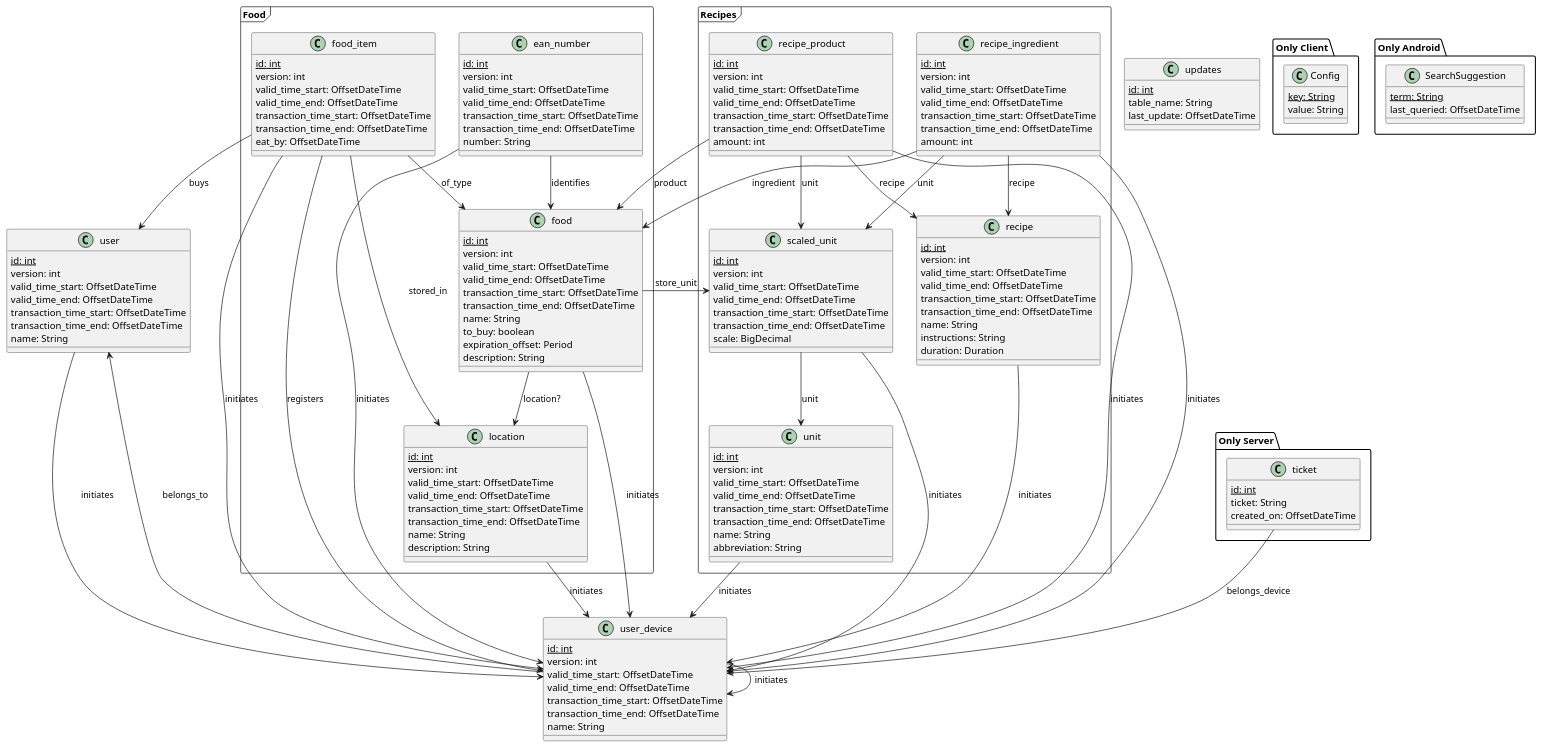
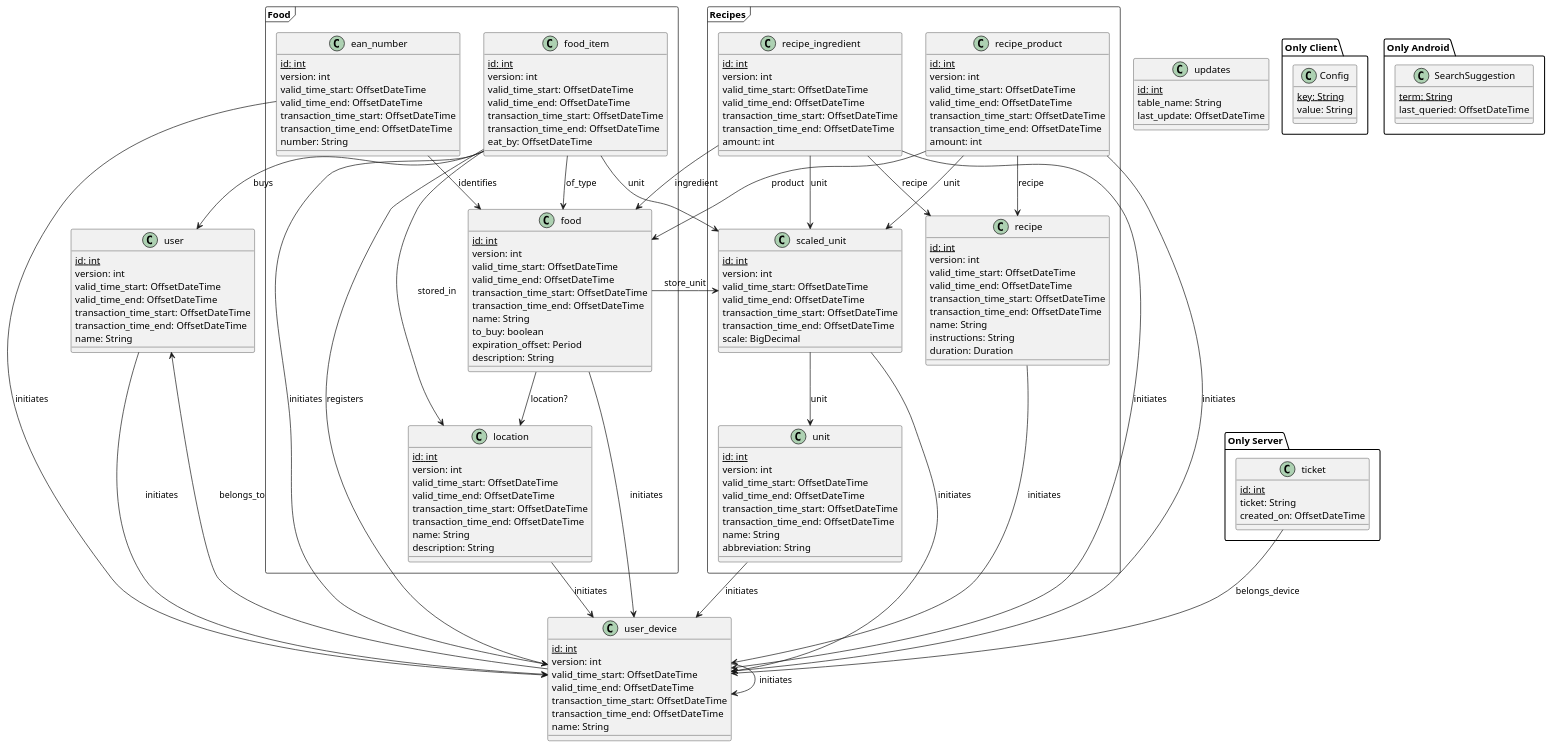
Before and after one commit to F1rst-Unicorn/stocks: the diagram in manual/development/diagrams/data-model.plantuml, drawn with PlantUML. The commit also changed 16 other files, not shown here.

```diff
--- a/manual/development/diagrams/data-model.plantuml
+++ b/manual/development/diagrams/data-model.plantuml
@@ -1,190 +1,191 @@
 @startuml
 
 class user {
     {static} id: int
     version: int
     valid_time_start: OffsetDateTime
     valid_time_end: OffsetDateTime
     transaction_time_start: OffsetDateTime
     transaction_time_end: OffsetDateTime
     name: String
 }
 
 class user_device {
     {static} id: int
     version: int
     valid_time_start: OffsetDateTime
     valid_time_end: OffsetDateTime
     transaction_time_start: OffsetDateTime
     transaction_time_end: OffsetDateTime
     name: String
 }
 
 package Food <<Frame>> {
 
     class location {
         {static} id: int
         version: int
         valid_time_start: OffsetDateTime
         valid_time_end: OffsetDateTime
         transaction_time_start: OffsetDateTime
         transaction_time_end: OffsetDateTime
         name: String
         description: String
     }
 
     class food {
         {static} id: int
         version: int
         valid_time_start: OffsetDateTime
         valid_time_end: OffsetDateTime
         transaction_time_start: OffsetDateTime
         transaction_time_end: OffsetDateTime
         name: String
         to_buy: boolean
         expiration_offset: Period
         description: String
     }
 
     class food_item {
         {static} id: int
         version: int
         valid_time_start: OffsetDateTime
         valid_time_end: OffsetDateTime
         transaction_time_start: OffsetDateTime
         transaction_time_end: OffsetDateTime
         eat_by: OffsetDateTime
     }
 
     class ean_number {
         {static} id: int
         version: int
         valid_time_start: OffsetDateTime
         valid_time_end: OffsetDateTime
         transaction_time_start: OffsetDateTime
         transaction_time_end: OffsetDateTime
         number: String
     }
 }
 
 package Recipes <<Frame>> {
 
     class recipe {
         {static} id: int
         version: int
         valid_time_start: OffsetDateTime
         valid_time_end: OffsetDateTime
         transaction_time_start: OffsetDateTime
         transaction_time_end: OffsetDateTime
         name: String
         instructions: String
         duration: Duration
     }
 
     class recipe_ingredient {
         {static} id: int
         version: int
         valid_time_start: OffsetDateTime
         valid_time_end: OffsetDateTime
         transaction_time_start: OffsetDateTime
         transaction_time_end: OffsetDateTime
         amount: int
     }
 
     class recipe_product {
         {static} id: int
         version: int
         valid_time_start: OffsetDateTime
         valid_time_end: OffsetDateTime
         transaction_time_start: OffsetDateTime
         transaction_time_end: OffsetDateTime
         amount: int
     }
 
     class scaled_unit {
         {static} id: int
         version: int
         valid_time_start: OffsetDateTime
         valid_time_end: OffsetDateTime
         transaction_time_start: OffsetDateTime
         transaction_time_end: OffsetDateTime
         scale: BigDecimal
     }
 
     class unit {
         {static} id: int
         version: int
         valid_time_start: OffsetDateTime
         valid_time_end: OffsetDateTime
         transaction_time_start: OffsetDateTime
         transaction_time_end: OffsetDateTime
         name: String
         abbreviation: String
     }
 }
 
 class updates {
     {static} id: int
     table_name: String
     last_update: OffsetDateTime
 }
 
 package "Only Server" {
     class ticket {
         {static} id: int
         ticket: String
         created_on: OffsetDateTime
     }
 }
 
 package "Only Client" {
     class Config {
         {static} key: String
         value: String
     }
 }
 
 package "Only Android" {
     class SearchSuggestion {
         {static} term: String
         last_queried: OffsetDateTime
     }
 }
 
 location --> user_device : initiates
 food --> user_device : initiates
 user --> user_device : initiates
 user_device --> user_device : initiates
 food_item --> user_device : initiates
 ean_number --> user_device : initiates
 recipe --> user_device : initiates
 recipe_ingredient --> user_device : initiates
 recipe_product --> user_device : initiates
 unit --> user_device : initiates
 scaled_unit --> user_device : initiates
 
 user_device --> user : belongs_to
 
 ean_number --> food : identifies
 
 food --> location : location?
 food --> scaled_unit : store_unit
 
 food_item --> location : stored_in
 food_item --> food : of_type
 food_item --> user : buys
 food_item --> user_device : registers
+food_item --> scaled_unit : unit
 
 recipe_ingredient --> recipe : recipe
 recipe_ingredient --> food : ingredient
 recipe_ingredient --> scaled_unit : unit
 
 recipe_product --> recipe : recipe
 recipe_product --> food : product
 recipe_product --> scaled_unit : unit
 
 scaled_unit --> unit : unit
 
 ticket --> user_device : belongs_device
 
 @enduml
```
